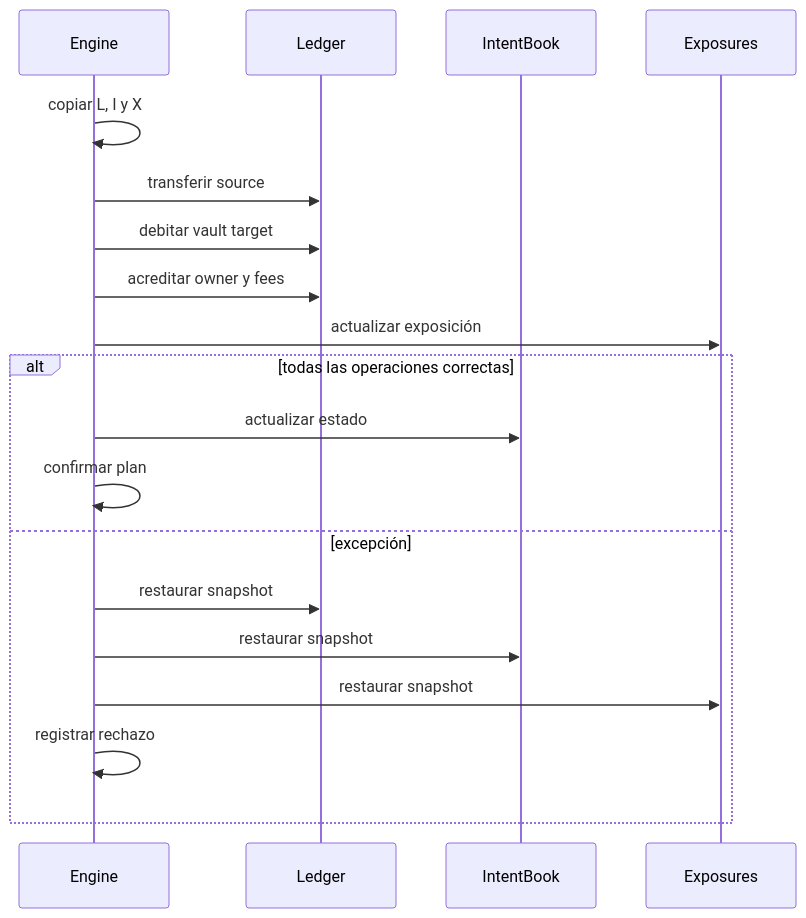
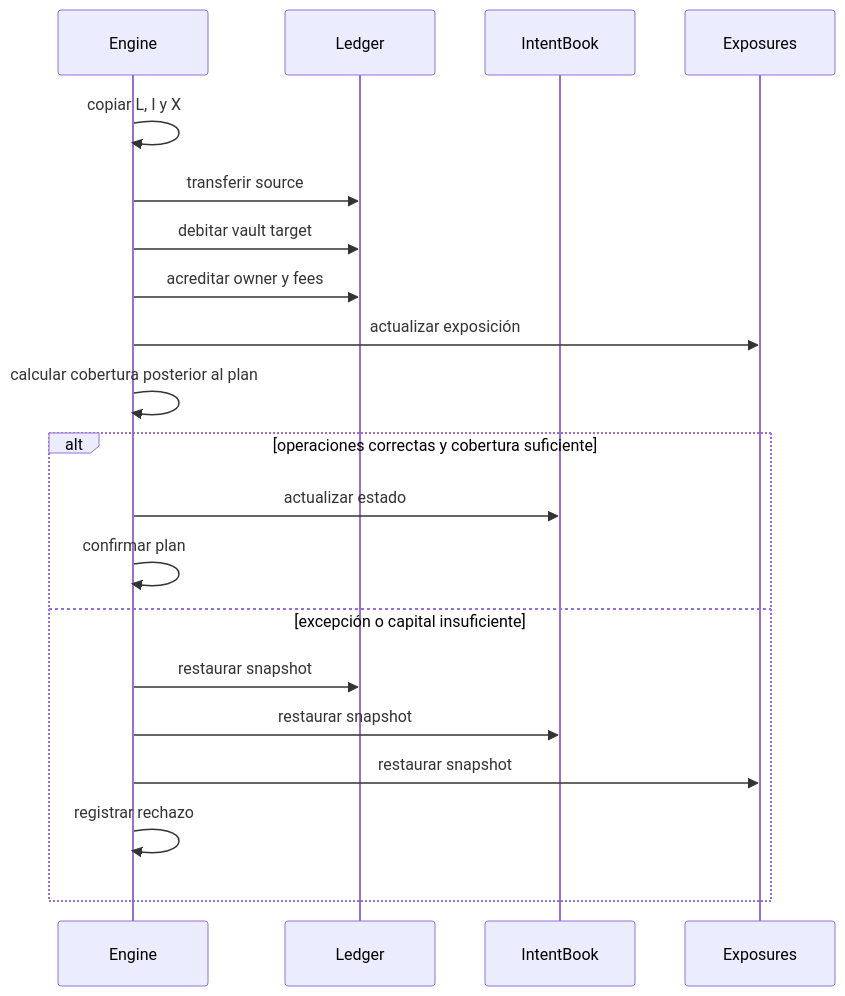
One commit to SolguardLabs/AetherDTL changed the second of 2 diagrams in docs/settlement-and-liquidity.md. Above: the diagram before and after it, drawn with Mermaid. The commit also changed other lines of this file and 16 other files, not shown here.

````diff
--- a/docs/settlement-and-liquidity.md
+++ b/docs/settlement-and-liquidity.md
@@ -58,22 +62,23 @@
 ```mermaid
 sequenceDiagram
     participant E as Engine
     participant L as Ledger
     participant I as IntentBook
     participant X as Exposures
 
     E->>E: copiar L, I y X
     E->>L: transferir source
     E->>L: debitar vault target
     E->>L: acreditar owner y fees
     E->>X: actualizar exposición
-    alt todas las operaciones correctas
+    E->>E: calcular cobertura posterior al plan
+    alt operaciones correctas y cobertura suficiente
         E->>I: actualizar estado
         E->>E: confirmar plan
-    else excepción
+    else excepción o capital insuficiente
         E->>L: restaurar snapshot
         E->>I: restaurar snapshot
         E->>X: restaurar snapshot
         E->>E: registrar rechazo
     end
 ```
````
